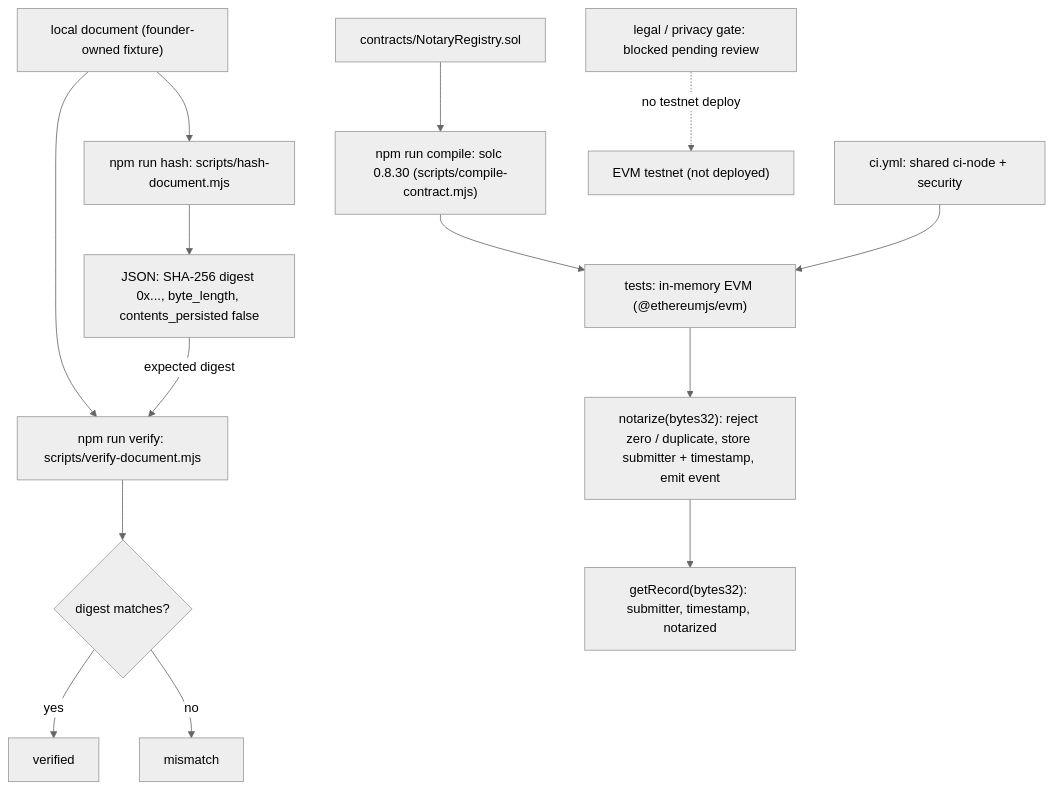
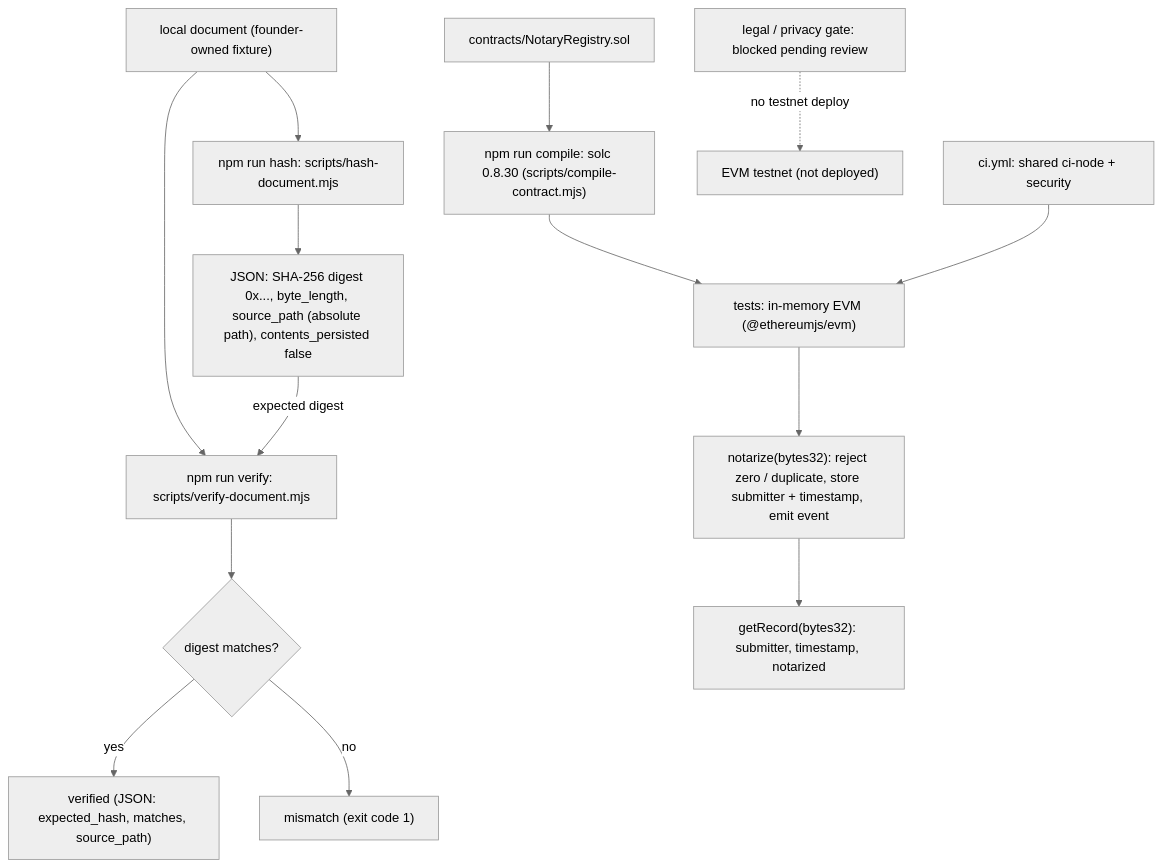
One commit to bookchaowalit/trust-provenchain changed the first of 2 diagrams in docs/diagrams/01-business-process.md. Above: the diagram before and after it, drawn with Mermaid (neutral theme). The commit also changed other lines of this file, not shown here.

````diff
--- a/docs/diagrams/01-business-process.md
+++ b/docs/diagrams/01-business-process.md
@@ -9,16 +9,16 @@
 ```mermaid
 flowchart TD
   DOC["local document (founder-owned fixture)"] --> HASH["npm run hash: scripts/hash-document.mjs"]
-  HASH --> DIG["JSON: SHA-256 digest 0x..., byte_length, contents_persisted false"]
+  HASH --> DIG["JSON: SHA-256 digest 0x..., byte_length, source_path (absolute path), contents_persisted false"]
   DOC --> VER["npm run verify: scripts/verify-document.mjs"]
   DIG -->|"expected digest"| VER
   VER --> MATCH{"digest matches?"}
-  MATCH -->|yes| OK["verified"]
-  MATCH -->|no| BAD["mismatch"]
+  MATCH -->|yes| OK["verified (JSON: expected_hash, matches, source_path)"]
+  MATCH -->|no| BAD["mismatch (exit code 1)"]
   SOL["contracts/NotaryRegistry.sol"] --> COMP["npm run compile: solc 0.8.30 (scripts/compile-contract.mjs)"]
   COMP --> EVM["tests: in-memory EVM (@ethereumjs/evm)"]
   EVM --> NOT["notarize(bytes32): reject zero / duplicate, store submitter + timestamp, emit event"]
   NOT --> GET["getRecord(bytes32): submitter, timestamp, notarized"]
   CI["ci.yml: shared ci-node + security"] --> EVM
   GATE["legal / privacy gate: blocked pending review"] -.->|"no testnet deploy"| NET["EVM testnet (not deployed)"]
 ```
````
